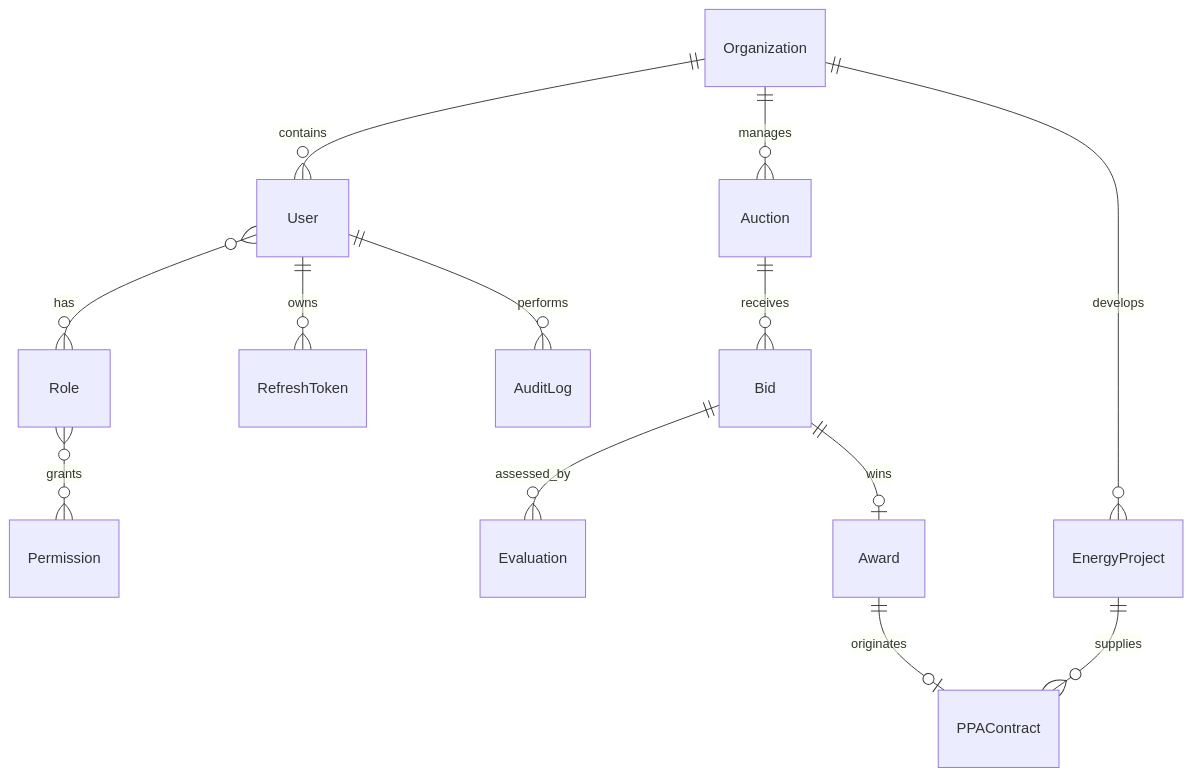
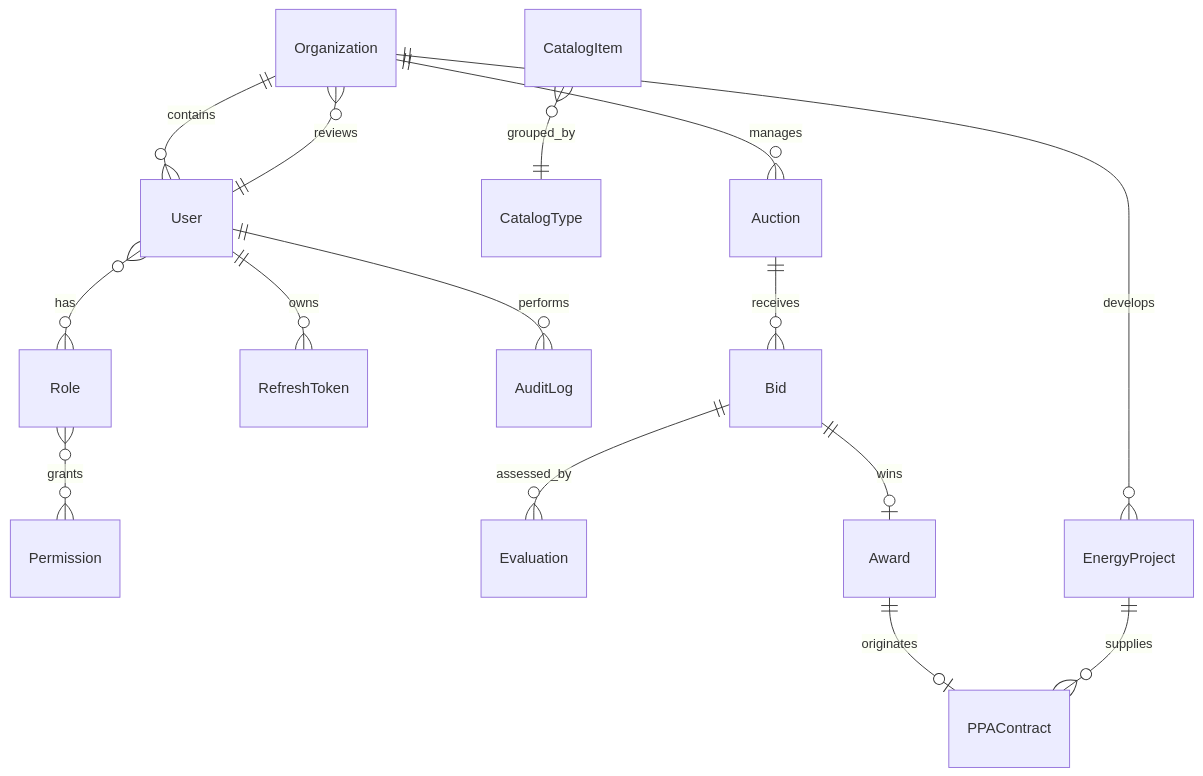
Before and after one commit to Jairo0811/Ecosoft: the diagram in docs/database.md, drawn with Mermaid. The commit also changed other lines of this file and 23 other files, not shown here.

````diff
--- a/docs/database.md
+++ b/docs/database.md
@@ -8,15 +8,17 @@
 ```mermaid
 erDiagram
     Organization ||--o{ User : contains
     User }o--o{ Role : has
     Role }o--o{ Permission : grants
     User ||--o{ RefreshToken : owns
     User ||--o{ AuditLog : performs
+    User ||--o{ Organization : reviews
+    CatalogItem }o--|| CatalogType : grouped_by
     Organization ||--o{ Auction : manages
     Auction ||--o{ Bid : receives
     Bid ||--o{ Evaluation : assessed_by
     Bid ||--o| Award : wins
     Award ||--o| PPAContract : originates
     Organization ||--o{ EnergyProject : develops
     EnergyProject ||--o{ PPAContract : supplies
 ```
````
